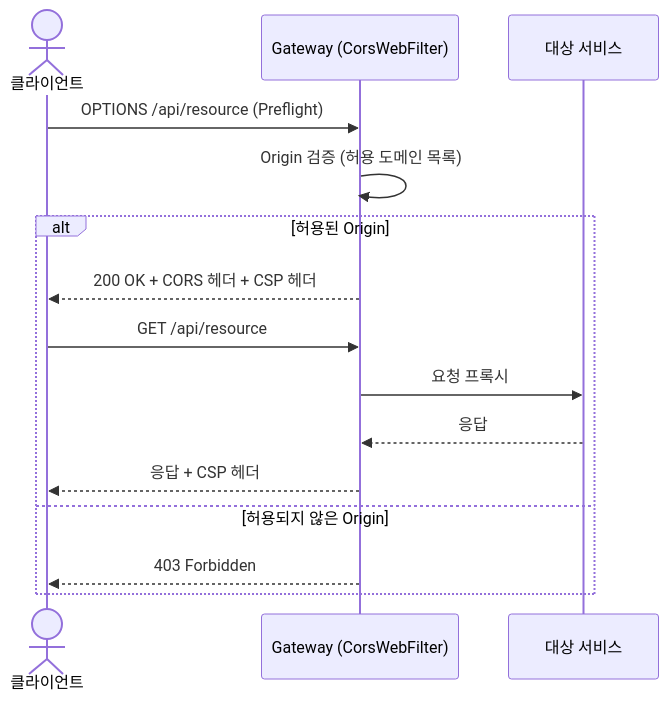
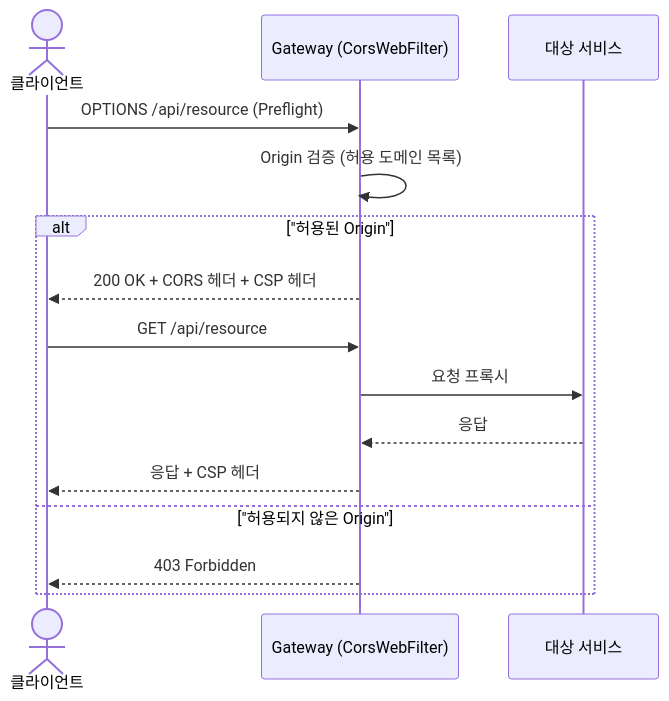
Before and after one commit to sayaya1090/handbook: the fourth of 6 diagrams in gateway/USECASE.md, drawn with Mermaid. The commit also changed other lines of this file and 22 other files, not shown here.

First line of the commit message:
docs: Mermaid 다이어그램 렌더링 오류 수정을 위한 구문 전수 교정

````diff
--- a/gateway/USECASE.md
+++ b/gateway/USECASE.md
@@ -124,18 +124,18 @@
 ```mermaid
 sequenceDiagram
     actor Client as 클라이언트
     participant GW as Gateway (CorsWebFilter)
     participant Target as 대상 서비스
 
     Client->>GW: OPTIONS /api/resource (Preflight)
     GW->>GW: Origin 검증 (허용 도메인 목록)
-    alt 허용된 Origin
+    alt "허용된 Origin"
         GW-->>Client: 200 OK + CORS 헤더 + CSP 헤더
         Client->>GW: GET /api/resource
         GW->>Target: 요청 프록시
         Target-->>GW: 응답
         GW-->>Client: 응답 + CSP 헤더
-    else 허용되지 않은 Origin
+    else "허용되지 않은 Origin"
         GW-->>Client: 403 Forbidden
     end
 ```
````
